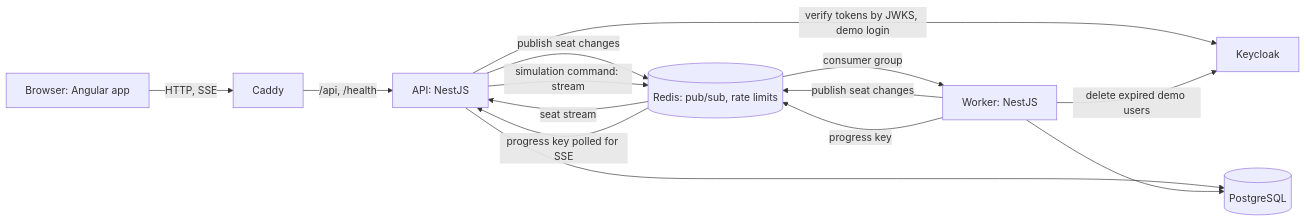
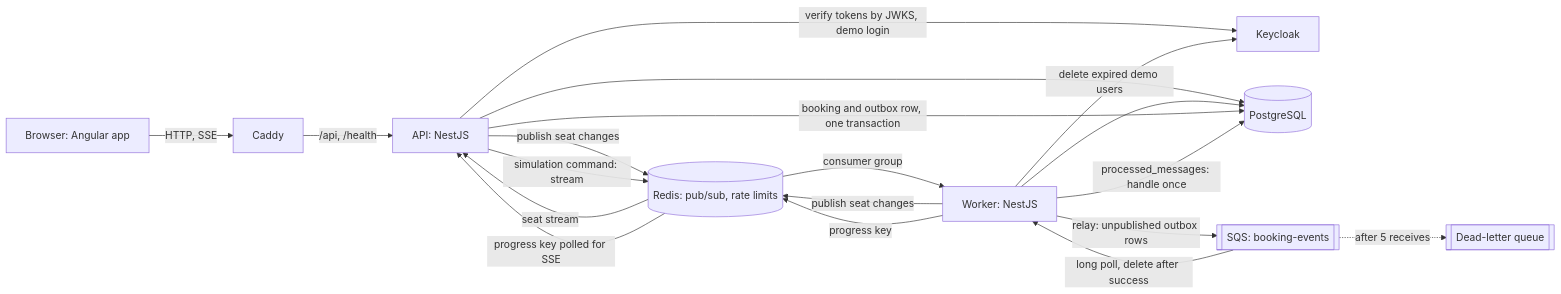
Before and after one commit to oguzbits/ticketmaster: the diagram in README.md, drawn with Mermaid. The commit also changed other lines of this file and 2 other files, not shown here.

````diff
--- a/README.md
+++ b/README.md
@@ -56,16 +68,21 @@
 ```mermaid
 flowchart LR
   browser[Browser: Angular app] -->|HTTP, SSE| caddy[Caddy]
   caddy -->|/api, /health| api[API: NestJS]
   api -->|verify tokens by JWKS, demo login| keycloak[Keycloak]
   api --> postgres[(PostgreSQL)]
   api -->|publish seat changes| redis[(Redis: pub/sub, rate limits)]
   redis -->|seat stream| api
   worker[Worker: NestJS] --> postgres
   worker -->|publish seat changes| redis
   worker -->|delete expired demo users| keycloak
   api -->|simulation command: stream| redis
   redis -->|consumer group| worker
   worker -->|progress key| redis
   redis -->|progress key polled for SSE| api
+  api -->|booking and outbox row, one transaction| postgres
+  worker -->|relay: unpublished outbox rows| queue[[SQS: booking-events]]
+  queue -->|long poll, delete after success| worker
+  queue -.->|after 5 receives| dlq[[Dead-letter queue]]
+  worker -->|processed_messages: handle once| postgres
 ```
````
